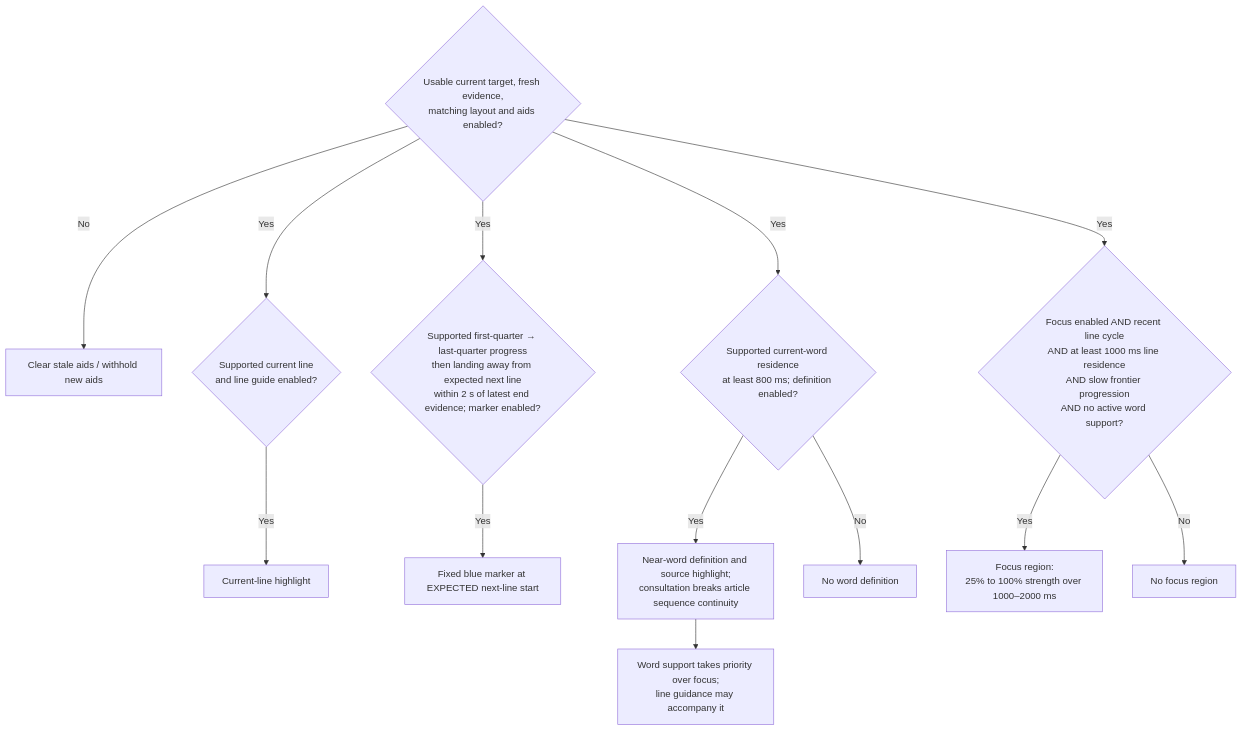
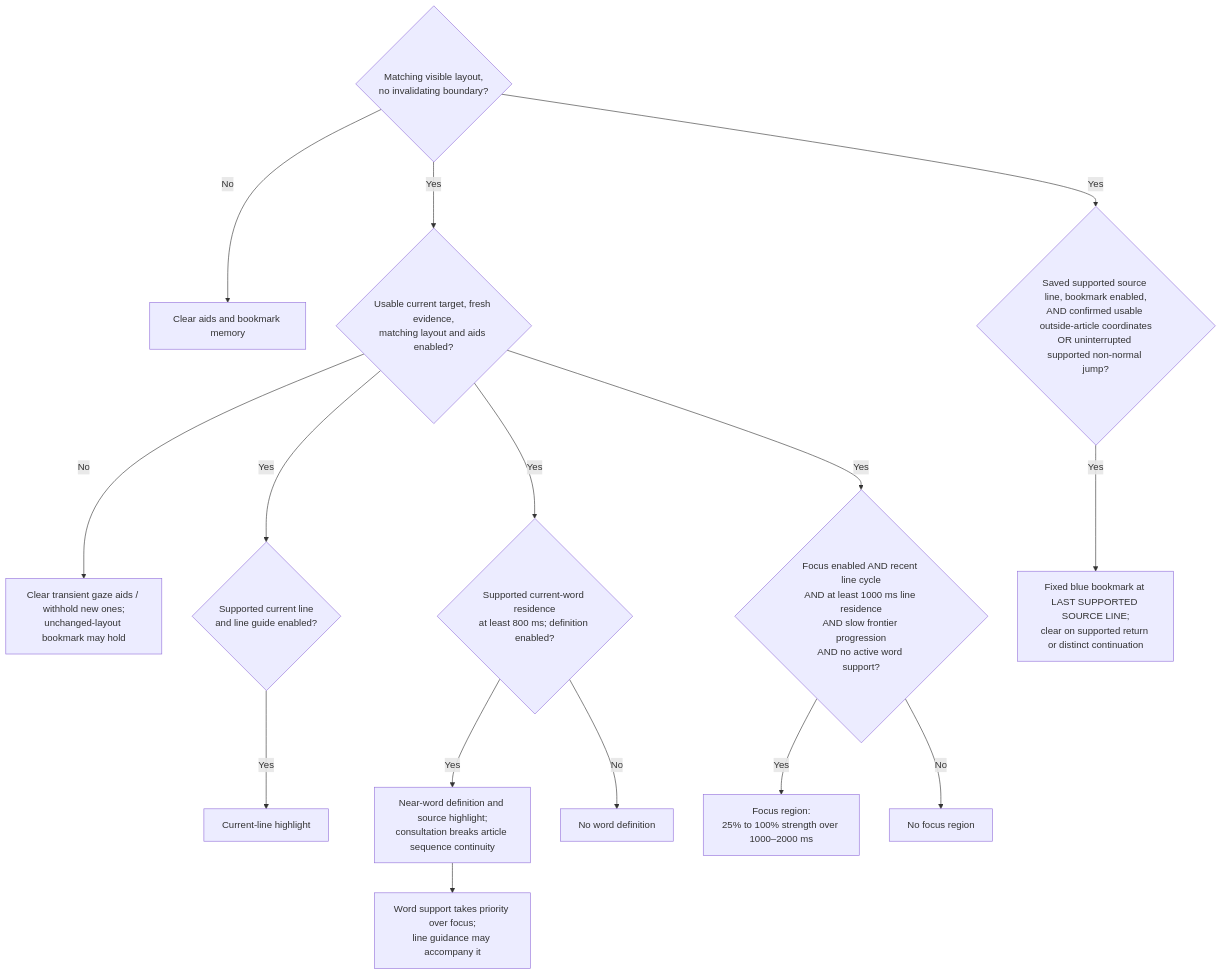
The diagram in docs/scanpath-trigger-evidence-review.md (JedidiahJulian/newsmead), drawn with Mermaid before and after one commit. The commit also changed other lines of this file and 88 other files, not shown here.

````diff
--- a/docs/scanpath-trigger-evidence-review.md
+++ b/docs/scanpath-trigger-evidence-review.md
@@ -38,16 +51,19 @@
 ```mermaid
 flowchart TD
+    R{"Matching visible layout,<br/>no invalidating boundary?"}
     G{"Usable current target, fresh evidence,<br/>matching layout and aids enabled?"}
-    G -- No --> X["Clear stale aids / withhold new aids"]
+    R -- No --> C["Clear aids and bookmark memory"]
+    R -- Yes --> G
+    R -- Yes --> S{"Saved supported source line, bookmark enabled,<br/>AND confirmed usable outside-article coordinates<br/>OR uninterrupted supported non-normal jump?"}
+    G -- No --> X["Clear transient gaze aids / withhold new ones;<br/>unchanged-layout bookmark may hold"]
     G -- Yes --> L{"Supported current line<br/>and line guide enabled?"}
-    G -- Yes --> S{"Supported first-quarter → last-quarter progress<br/>then landing away from expected next line<br/>within 2 s of latest end evidence; marker enabled?"}
     G -- Yes --> W{"Supported current-word residence<br/>at least 800 ms; definition enabled?"}
     G -- Yes --> F{"Focus enabled AND recent line cycle<br/>AND at least 1000 ms line residence<br/>AND slow frontier progression<br/>AND no active word support?"}
     L -- Yes --> LH["Current-line highlight"]
-    S -- Yes --> LS["Fixed blue marker at EXPECTED next-line start"]
+    S -- Yes --> LS["Fixed blue bookmark at LAST SUPPORTED SOURCE LINE;<br/>clear on supported return or distinct continuation"]
     W -- Yes --> WM["Near-word definition and source highlight;<br/>consultation breaks article sequence continuity"]
     F -- Yes --> FW["Focus region:<br/>25% to 100% strength over 1000–2000 ms"]
     W -- No --> NW["No word definition"]
     F -- No --> NF["No focus region"]
     WM --> P["Word support takes priority over focus;<br/>line guidance may accompany it"]
 ```
````
